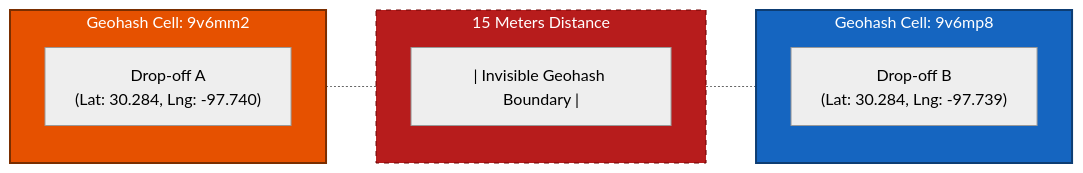
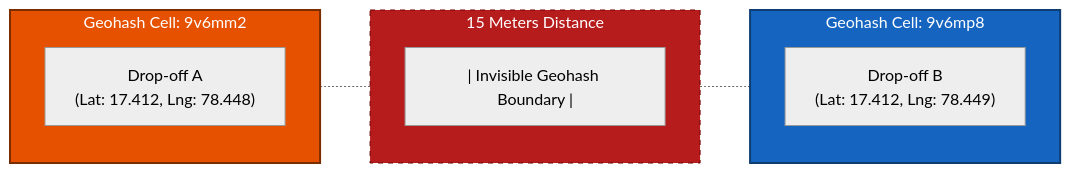
One commit to riyaz-pasha/Learnings changed the fifth of 20 diagrams in system-design/HLD/0-course/28-Design Google Maps-FAANG-Guide-story.md. Above: the diagram before and after it, drawn with Mermaid (neutral theme). The commit also changed other lines of this file, not shown here.

````diff
--- a/system-design/HLD/0-course/28-Design Google Maps-FAANG-Guide-story.md
+++ b/system-design/HLD/0-course/28-Design Google Maps-FAANG-Guide-story.md
@@ -345,20 +345,20 @@
 ```mermaid
 flowchart LR
     subgraph Cell1["Geohash Cell: 9v6mm2"]
-        A["Drop-off A<br/>(Lat: 30.284, Lng: -97.740)"]
+        A["Drop-off A<br/>(Lat: 17.412, Lng: 78.448)"]
     end
     
     subgraph Boundary["15 Meters Distance"]
         Line["| Invisible Geohash Boundary |"]
     end
 
     subgraph Cell2["Geohash Cell: 9v6mp8"]
-        B["Drop-off B<br/>(Lat: 30.284, Lng: -97.739)"]
+        B["Drop-off B<br/>(Lat: 17.412, Lng: 78.449)"]
     end
 
     Cell1 -.- Boundary -.- Cell2
 
     style Cell1 fill:#e65100,stroke:#7a2e00,color:#ffffff,stroke-width:2px
     style Cell2 fill:#1565c0,stroke:#0d3d73,color:#ffffff,stroke-width:2px
     style Boundary fill:#b71c1c,stroke:#6e0000,color:#ffffff,stroke-dasharray: 5 5
 ```
````
